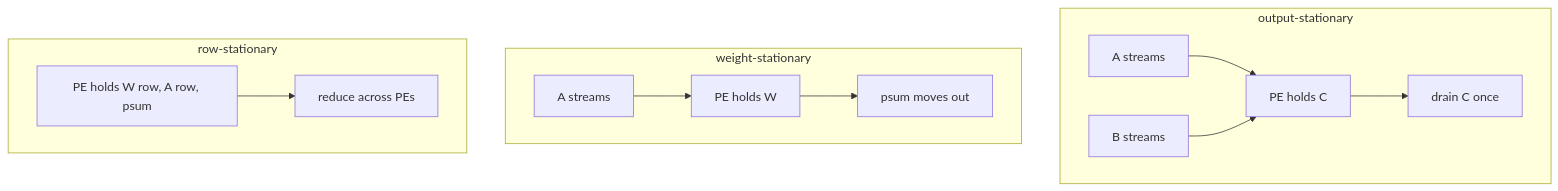
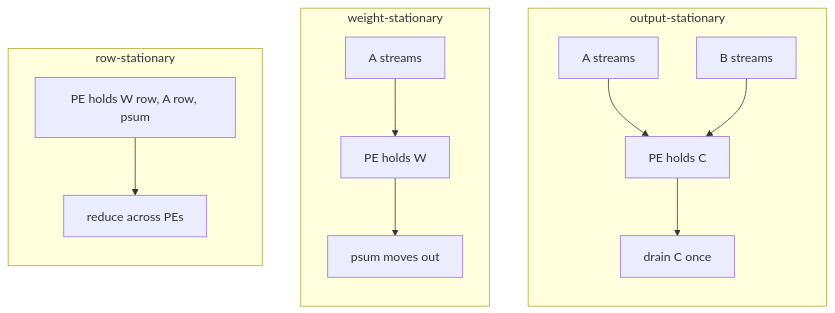
One commit to Wty2003328/silicon-design-notebook changed the fifth of 6 diagrams in 01_Architecture_and_PPA/03_NPU_Architecture/01_Compute_Dataflows/02_Systolic_Spatial_and_Vector_Dataflows.md. Above: the diagram before and after it, drawn with Mermaid. The commit also changed 125 other files, not shown here.

First line of the commit message:
Complete the AMBA family, refresh the learning path, and make every figure and formula actually render

````diff
--- a/01_Architecture_and_PPA/03_NPU_Architecture/01_Compute_Dataflows/02_Systolic_Spatial_and_Vector_Dataflows.md
+++ b/01_Architecture_and_PPA/03_NPU_Architecture/01_Compute_Dataflows/02_Systolic_Spatial_and_Vector_Dataflows.md
@@ -216,18 +216,18 @@
 ```mermaid
 flowchart TB
   subgraph OS["output-stationary"]
-    direction LR
+    direction TB
     OSa["A streams"] --> OSp["PE holds C"]
     OSb["B streams"] --> OSp
     OSp --> OSo["drain C once"]
   end
   subgraph WS["weight-stationary"]
-    direction LR
+    direction TB
     WSa["A streams"] --> WSp["PE holds W"]
     WSp --> WSc["psum moves out"]
   end
   subgraph RS["row-stationary"]
-    direction LR
+    direction TB
     RSp["PE holds W row, A row, psum"] --> RSo["reduce across PEs"]
   end
 ```
````
